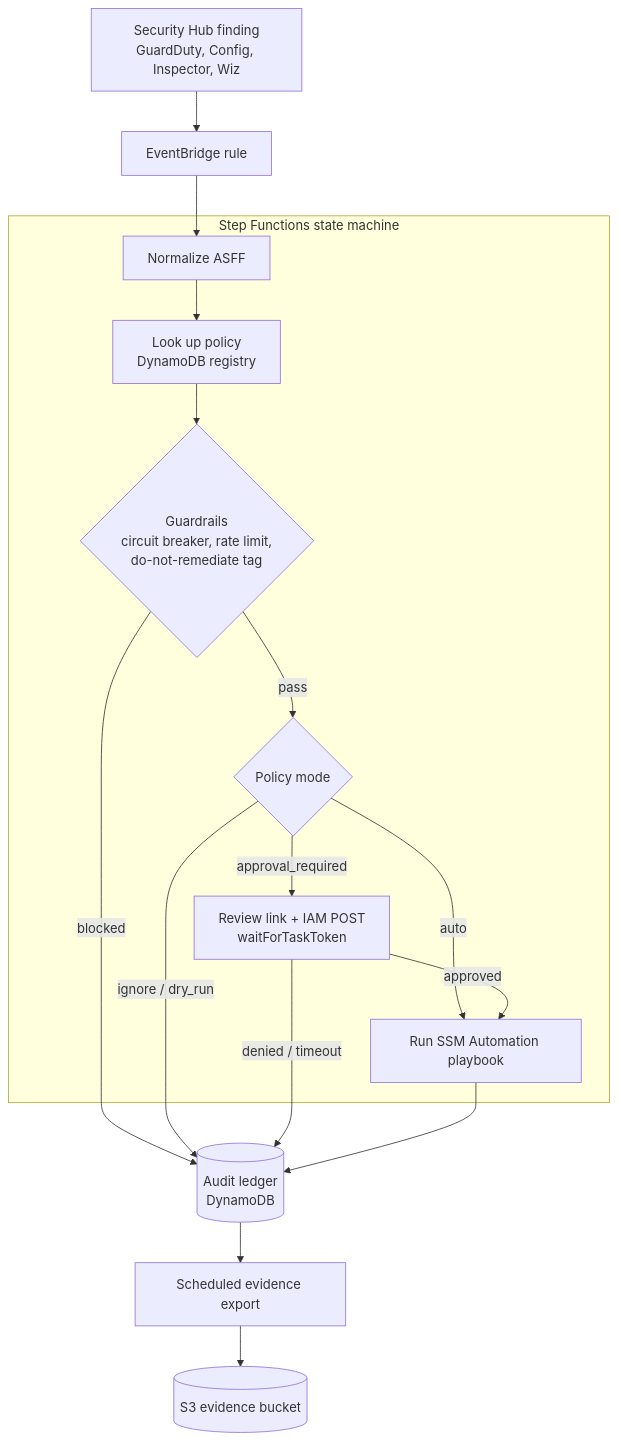
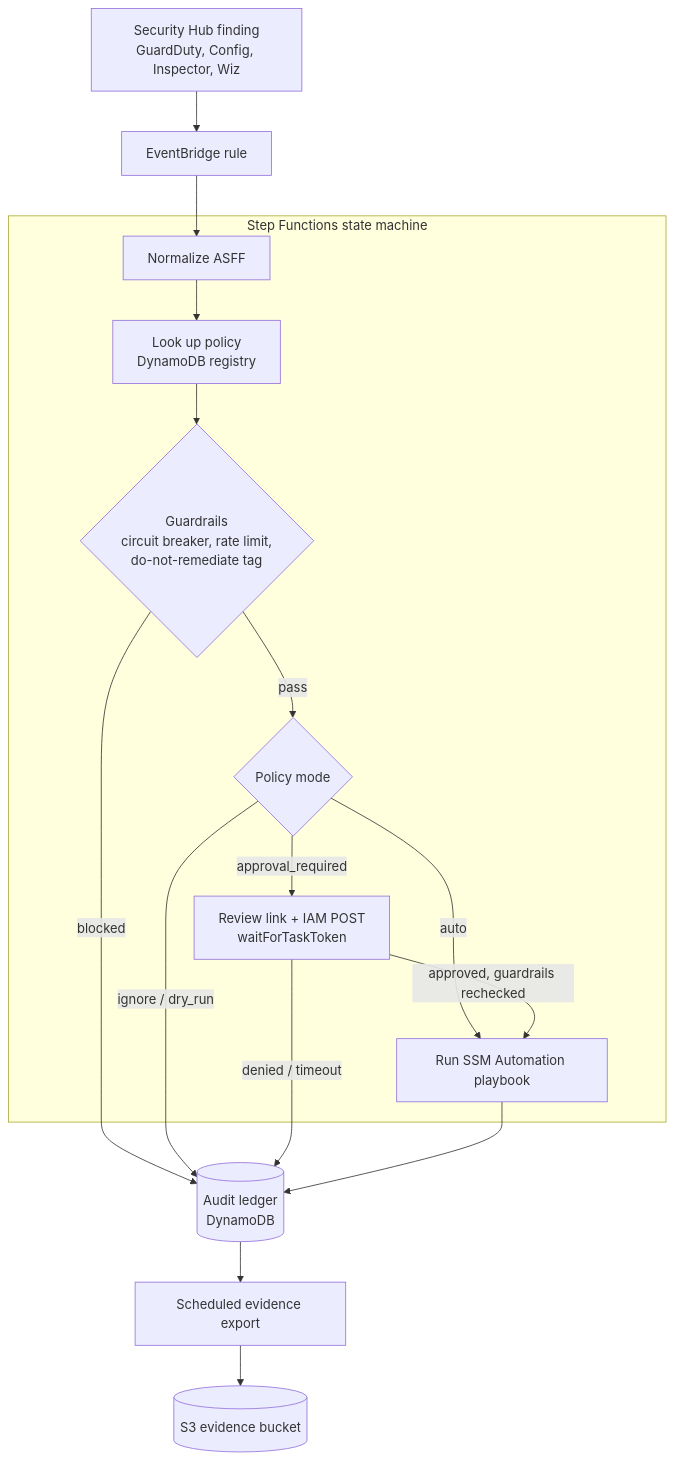
Before and after one commit to DustyStudy/aws-remediation-orchestrator: the diagram in README.md, drawn with Mermaid. The commit also changed other lines of this file and 20 other files, not shown here.

````diff
--- a/README.md
+++ b/README.md
@@ -30,21 +30,21 @@
 ```mermaid
 flowchart TB
   SH["Security Hub finding<br/>GuardDuty, Config, Inspector, Wiz"] --> EB["EventBridge rule"]
   LEDGER[("Audit ledger<br/>DynamoDB")]
   EXPORT["Scheduled evidence export"]
   S3[("S3 evidence bucket")]
   EB --> N
   subgraph SFN["Step Functions state machine"]
     N["Normalize ASFF"] --> P["Look up policy<br/>DynamoDB registry"]
     P --> G{"Guardrails<br/>circuit breaker, rate limit,<br/>do-not-remediate tag"}
     G -- pass --> M{"Policy mode"}
     M -- approval_required --> A["Review link + IAM POST<br/>waitForTaskToken"]
     M -- auto --> X["Run SSM Automation playbook"]
-    A -- approved --> X
+    A -- "approved, guardrails rechecked" --> X
   end
   G -- blocked --> LEDGER
   M -- "ignore / dry_run" --> LEDGER
   A -- "denied / timeout" --> LEDGER
   X --> LEDGER
   LEDGER --> EXPORT --> S3
 ```
````
